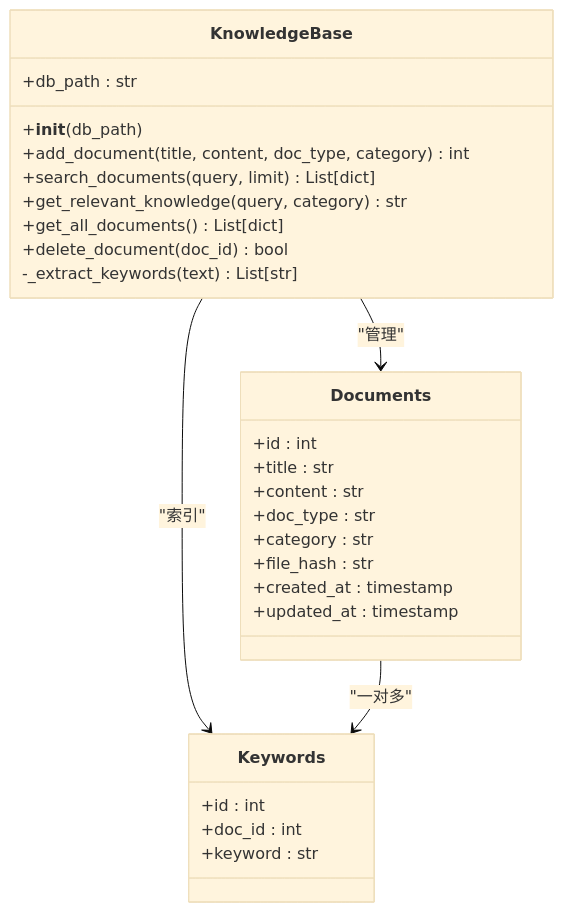
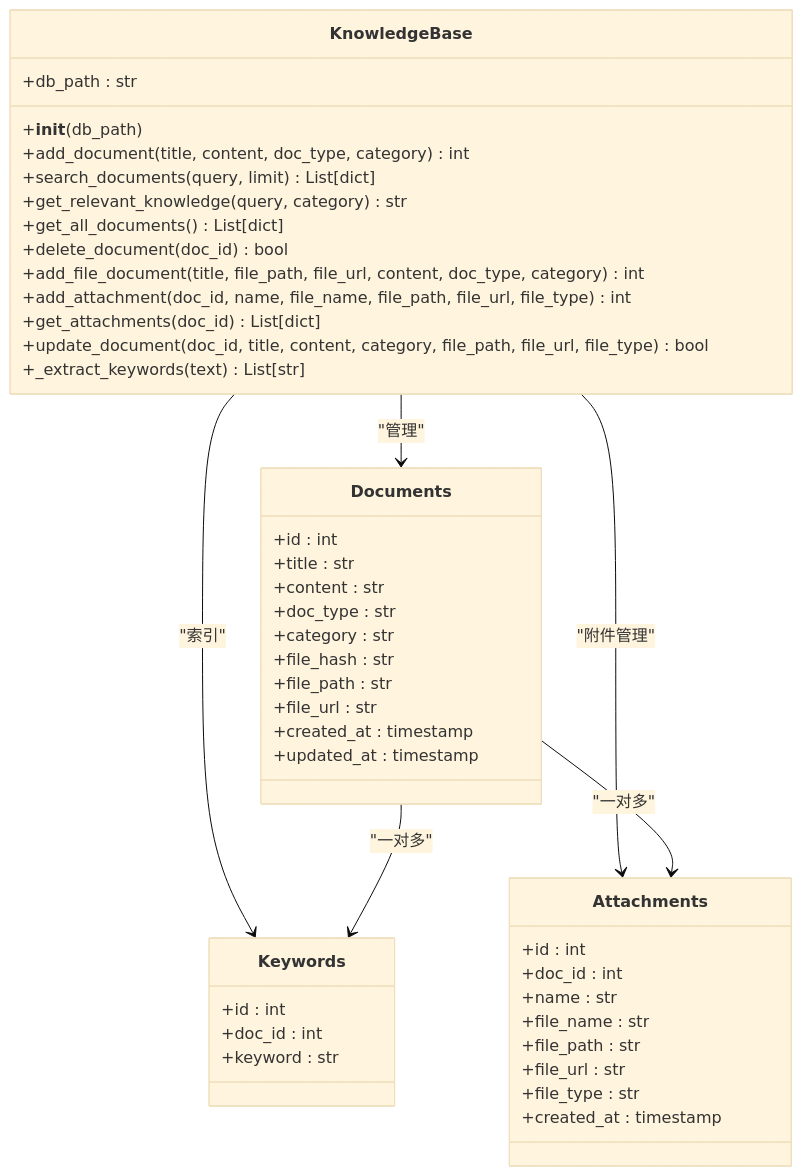
One commit to 2950730liao-hub/whatsapp-reply changed the third of 12 diagrams in .qoder/repowiki/zh/content/核心模块/知识库模块.md. Above: the diagram before and after it, drawn with Mermaid (base theme). The commit also changed other lines of this file and 10 other files, not shown here.

````diff
--- a/.qoder/repowiki/zh/content/核心模块/知识库模块.md
+++ b/.qoder/repowiki/zh/content/核心模块/知识库模块.md
@@ -123,31 +146,49 @@
 ```mermaid
 classDiagram
 class KnowledgeBase {
 +db_path : str
 +__init__(db_path)
 +add_document(title, content, doc_type, category) int
 +search_documents(query, limit) List[dict]
 +get_relevant_knowledge(query, category) str
 +get_all_documents() List[dict]
 +delete_document(doc_id) bool
--_extract_keywords(text) List[str]
++add_file_document(title, file_path, file_url, content, doc_type, category) int
++add_attachment(doc_id, name, file_name, file_path, file_url, file_type) int
++get_attachments(doc_id) List[dict]
++update_document(doc_id, title, content, category, file_path, file_url, file_type) bool
++_extract_keywords(text) List[str]
 }
 class Documents {
 +id : int
 +title : str
 +content : str
 +doc_type : str
 +category : str
 +file_hash : str
++file_path : str
++file_url : str
 +created_at : timestamp
 +updated_at : timestamp
 }
 class Keywords {
 +id : int
 +doc_id : int
 +keyword : str
 }
+class Attachments {
++id : int
++doc_id : int
++name : str
++file_name : str
++file_path : str
++file_url : str
++file_type : str
++created_at : timestamp
+}
 KnowledgeBase --> Documents : "管理"
 KnowledgeBase --> Keywords : "索引"
+KnowledgeBase --> Attachments : "附件管理"
 Documents --> Keywords : "一对多"
+Documents --> Attachments : "一对多"
 ```
````
